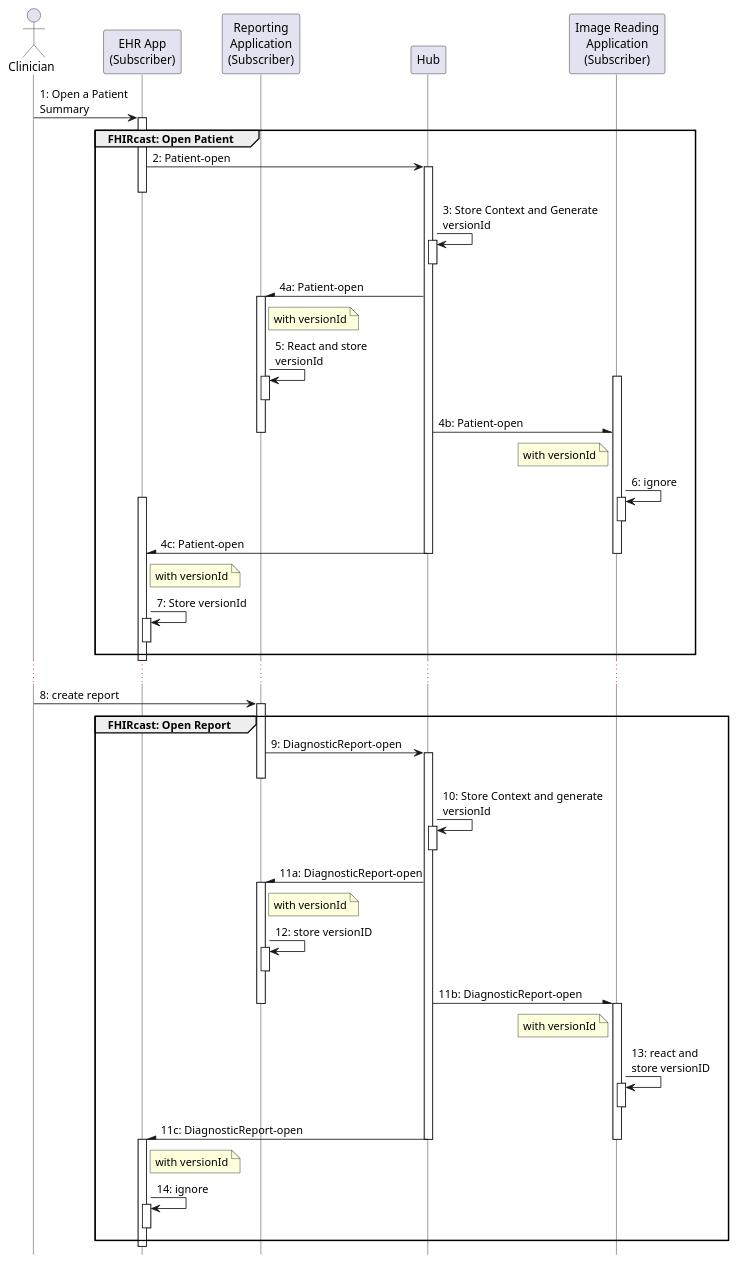
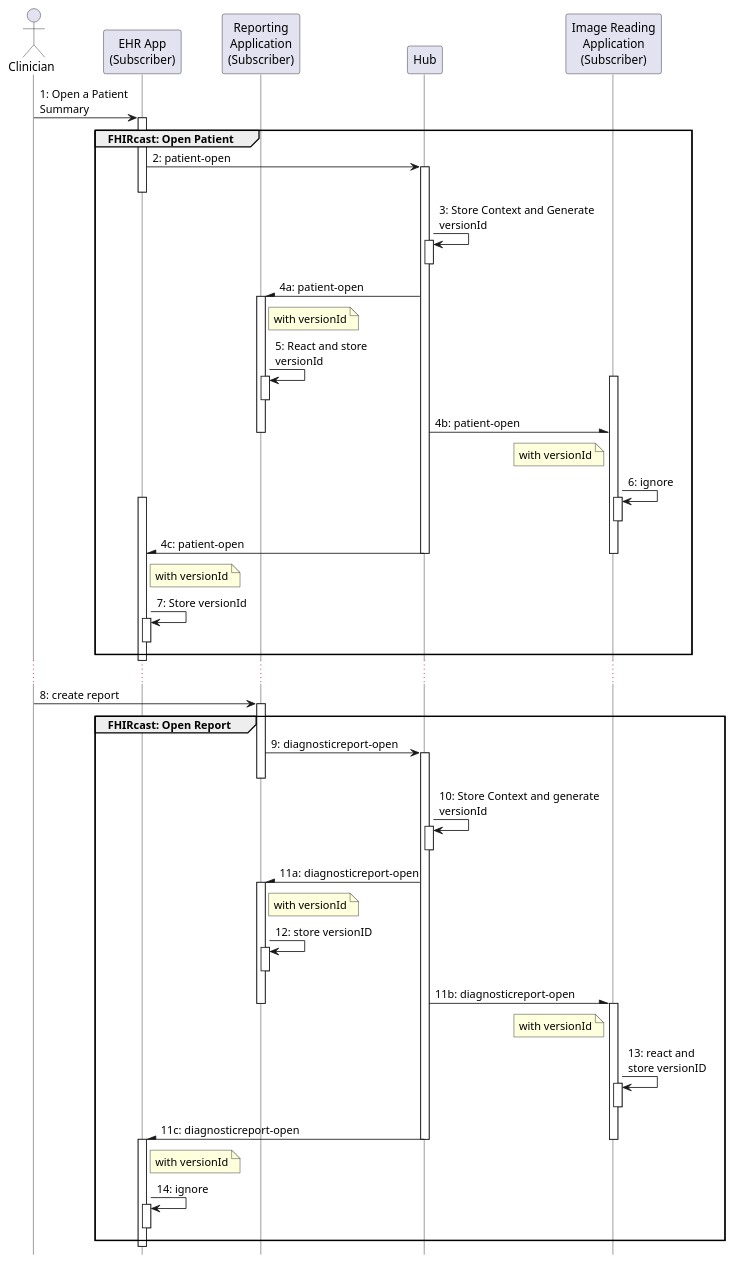
One commit to HL7/fhircast-docs changed the diagram in input/images-source/ContentExchangeOpenReport.plantuml. Above: the diagram before and after it, drawn with PlantUML. The commit also changed 3 other files, not shown here.

Commit message:
FHIR-37074 - diagrams

```diff
--- a/input/images-source/ContentExchangeOpenReport.plantuml
+++ b/input/images-source/ContentExchangeOpenReport.plantuml
@@ -1,63 +1,63 @@
 @startuml
 skinparam shadowing false
 skinparam lifelineStrategy nosolid
 hide footbox
 
 actor Clinician
 participant "EHR App\n(Subscriber)" as EHR
 participant "Reporting\nApplication\n(Subscriber)" as RepApp
 participant Hub
 participant "Image Reading\nApplication\n(Subscriber)" as App1
 
 Clinician -> EHR: 1: Open a Patient\nSummary
 group FHIRcast: Open Patient
 activate EHR
-EHR -> Hub: 2: Patient-open
+EHR -> Hub: 2: patient-open
 activate Hub
 deactivate EHR
 Hub -> Hub++--: 3: Store Context and Generate\nversionId
-Hub -\ RepApp: 4a: Patient-open
+Hub -\ RepApp: 4a: patient-open
 note right RepApp: with versionId
 activate RepApp
 RepApp -> RepApp++--: 5: React and store\nversionId
 activate App1
-Hub -\ App1: 4b: Patient-open
+Hub -\ App1: 4b: patient-open
 note left App1: with versionId
 deactivate RepApp
 App1 -> App1++--: 6: ignore
 activate EHR
-Hub -\ EHR: 4c: Patient-open
+Hub -\ EHR: 4c: patient-open
 note right EHR: with versionId
 deactivate Hub
 deactivate App1
 EHR -> EHR++--: 7: Store versionId
 end
 deactivate EHR
 ...
 
 Clinician -> RepApp: 8: create report
 group FHIRcast: Open Report
 activate RepApp
-RepApp-> Hub: 9: DiagnosticReport-open
+RepApp-> Hub: 9: diagnosticreport-open
 activate Hub
 deactivate RepApp
 Hub -> Hub++--: 10: Store Context and generate\nversionId
-Hub -\ RepApp: 11a: DiagnosticReport-open
+Hub -\ RepApp: 11a: diagnosticreport-open
 note right RepApp: with versionId
 activate RepApp
 RepApp -> RepApp++--: 12: store versionID
-Hub -\ App1: 11b: DiagnosticReport-open
+Hub -\ App1: 11b: diagnosticreport-open
 note left App1: with versionId
 deactivate RepApp
 activate App1
 App1 -> App1++--: 13: react and\nstore versionID
-Hub -\ EHR: 11c: DiagnosticReport-open
+Hub -\ EHR: 11c: diagnosticreport-open
 note right EHR: with versionId
 deactivate App1
 activate EHR
 deactivate Hub
 EHR -> EHR++--: 14: ignore
 end
 deactivate EHR
 
 @enduml
```
